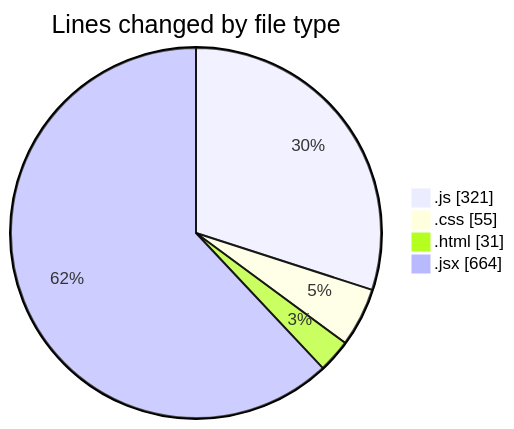
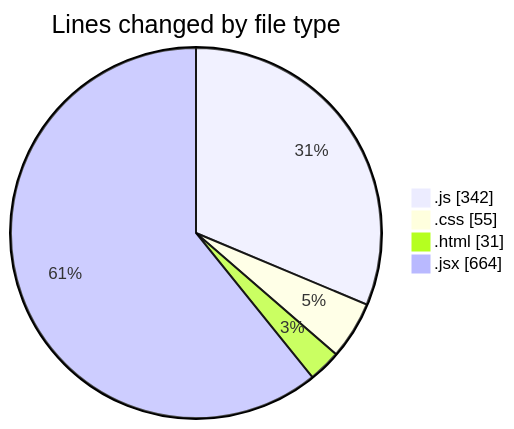
One commit to Ritupan-Deka/code-tracking changed the first of 2 diagrams in 2025-06-14/projects/README.md. Above: the diagram before and after it, drawn with Mermaid. The commit also changed other lines of this file and 1 other file, not shown here.

````diff
--- a/2025-06-14/projects/README.md
+++ b/2025-06-14/projects/README.md
@@ -27,8 +27,8 @@
 ```mermaid
 pie showData
 title Lines changed by file type
-".js" : 321
+".js" : 342
 ".css" : 55
 ".html" : 31
 ".jsx" : 664
 ```
````
